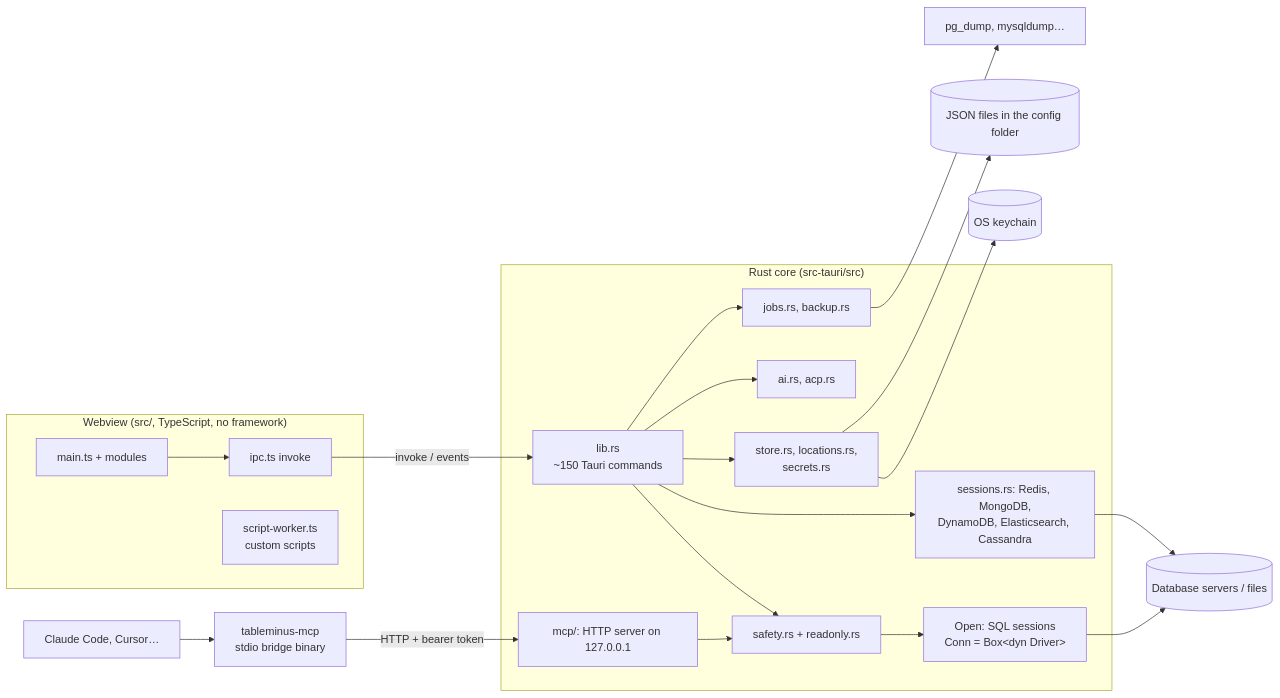
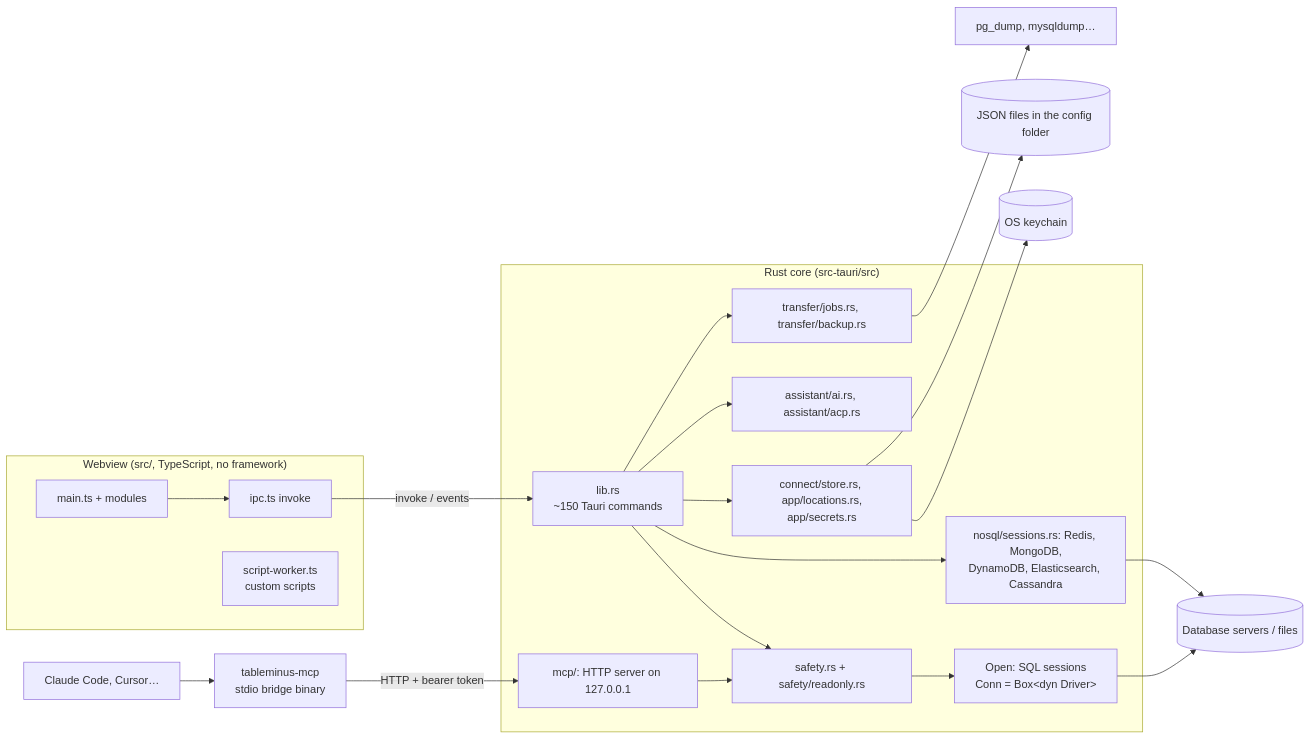
Before and after one commit to writeshh/TableMinus: the first of 2 diagrams in docs/ARCHITECTURE.md, drawn with Mermaid. The commit also changed other lines of this file and 128 other files, not shown here.

````diff
--- a/docs/ARCHITECTURE.md
+++ b/docs/ARCHITECTURE.md
@@ -7,31 +7,31 @@
 ```mermaid
 flowchart LR
   subgraph Webview["Webview (src/, TypeScript, no framework)"]
     UI[main.ts + modules] --> IPC[ipc.ts invoke]
     Worker[script-worker.ts<br/>custom scripts]
   end
   subgraph Core["Rust core (src-tauri/src)"]
     CMD[lib.rs<br/>~150 Tauri commands]
-    SAFE[safety.rs + readonly.rs]
+    SAFE[safety.rs + safety/readonly.rs]
     OPEN[Open: SQL sessions<br/>Conn = Box&lt;dyn Driver&gt;]
-    NOSQL[sessions.rs: Redis, MongoDB,<br/>DynamoDB, Elasticsearch, Cassandra]
-    STORE[store.rs, locations.rs,<br/>secrets.rs]
+    NOSQL[nosql/sessions.rs: Redis, MongoDB,<br/>DynamoDB, Elasticsearch, Cassandra]
+    STORE[connect/store.rs, app/locations.rs,<br/>app/secrets.rs]
     MCP[mcp/: HTTP server on 127.0.0.1]
-    AI[ai.rs, acp.rs]
-    JOBS[jobs.rs, backup.rs]
+    AI[assistant/ai.rs, assistant/acp.rs]
+    JOBS[transfer/jobs.rs, transfer/backup.rs]
   end
   IPC -->|invoke / events| CMD
   CMD --> SAFE --> OPEN
   CMD --> NOSQL
   CMD --> STORE
   CMD --> AI
   CMD --> JOBS
   MCP --> SAFE
   Bridge[tableminus-mcp<br/>stdio bridge binary] -->|HTTP + bearer token| MCP
   Agents[Claude Code, Cursor…] --> Bridge
   OPEN --> DB[(Database servers / files)]
   NOSQL --> DB
   STORE --> Keychain[(OS keychain)]
   STORE --> Files[(JSON files in the config folder)]
   JOBS --> Tools[pg_dump, mysqldump…]
 ```
````
